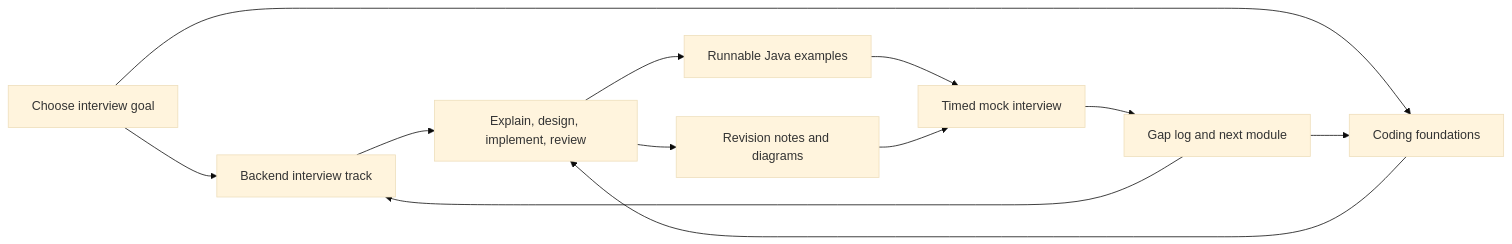
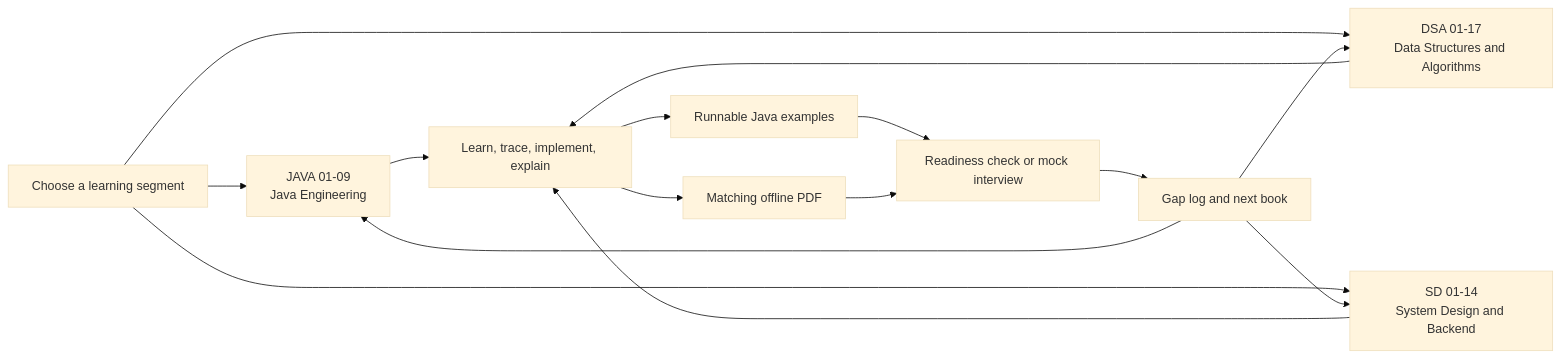
The diagram in README.md (vinayreddykalluri/SDE2-Interview-Handbook), drawn with Mermaid (base theme) before and after one commit. The commit also changed other lines of this file and 90 other files, not shown here.

First line of the commit message:
Segment Java DSA and system design book library (#33)

````diff
--- a/README.md
+++ b/README.md
@@ -28,14 +31,17 @@
 ```mermaid
 flowchart LR
-    Start["Choose interview goal"] --> Backend["Backend interview track"]
-    Start --> Foundations["Coding foundations"]
-    Backend --> Practice["Explain, design, implement, review"]
-    Foundations --> Practice
+    Start["Choose a learning segment"] --> Java["JAVA 01-09<br/>Java Engineering"]
+    Start --> DSA["DSA 01-17<br/>Data Structures and Algorithms"]
+    Start --> Design["SD 01-14<br/>System Design and Backend"]
+    Java --> Practice["Learn, trace, implement, explain"]
+    DSA --> Practice
+    Design --> Practice
     Practice --> Code["Runnable Java examples"]
-    Practice --> Notes["Revision notes and diagrams"]
-    Code --> Mock["Timed mock interview"]
-    Notes --> Mock
-    Mock --> Review["Gap log and next module"]
-    Review --> Backend
-    Review --> Foundations
+    Practice --> PDF["Matching offline PDF"]
+    Code --> Mock["Readiness check or mock interview"]
+    PDF --> Mock
+    Mock --> Review["Gap log and next book"]
+    Review --> Java
+    Review --> DSA
+    Review --> Design
 ```
````
